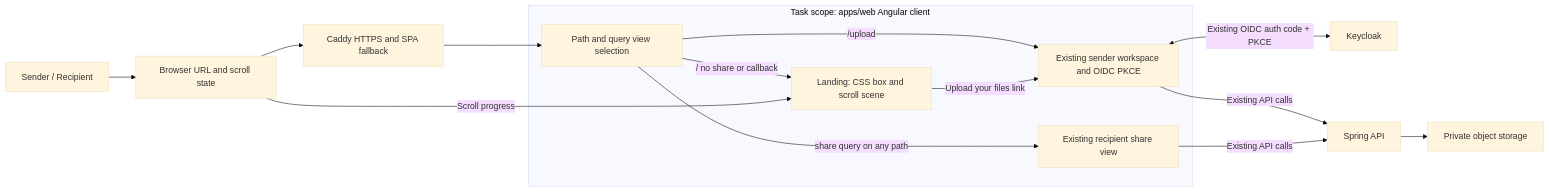
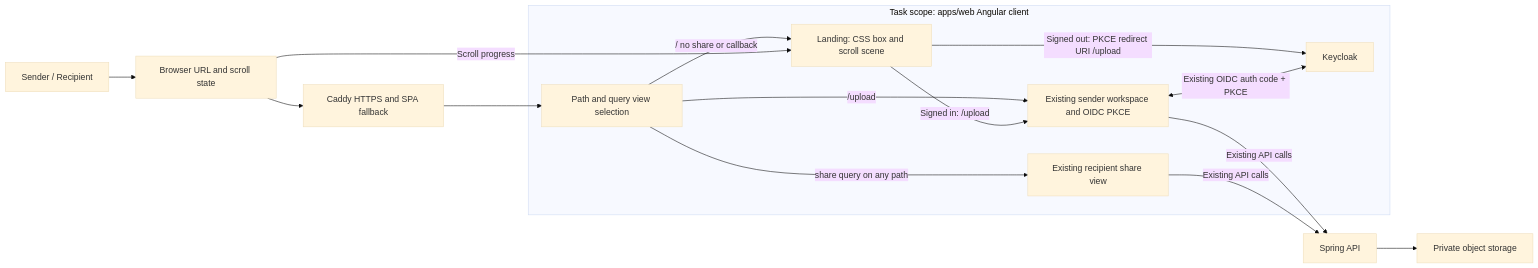
Before and after one commit to sebisz28/SnapSendS3: the diagram in work/04-implementing/SNS004-sns004/plan.md, drawn with Mermaid (base theme). The commit also changed other lines of this file and 19 other files, not shown here.

````diff
--- a/work/04-implementing/SNS004-sns004/plan.md
+++ b/work/04-implementing/SNS004-sns004/plan.md
@@ -54,21 +60,22 @@
 ```mermaid
 flowchart LR
   User[Sender / Recipient] --> Browser[Browser URL and scroll state]
   Browser --> Caddy[Caddy HTTPS and SPA fallback]
   subgraph App[Task scope: apps/web Angular client]
     Dispatch[Path and query view selection]
     Landing[Landing: CSS box and scroll scene]
     Sender[Existing sender workspace and OIDC PKCE]
     Recipient[Existing recipient share view]
     Dispatch -->|/ no share or callback| Landing
     Dispatch -->|/upload| Sender
     Dispatch -->|share query on any path| Recipient
-    Landing -->|Upload your files link| Sender
+    Landing -->|Signed in: /upload| Sender
+    Landing -->|Signed out: PKCE redirect URI /upload| Keycloak
   end
   Caddy --> Dispatch
   Sender <-->|Existing OIDC auth code + PKCE| Keycloak[Keycloak]
   Sender -->|Existing API calls| API[Spring API]
   Recipient -->|Existing API calls| API
   API --> Storage[Private object storage]
   Browser -->|Scroll progress| Landing
 ```
````
